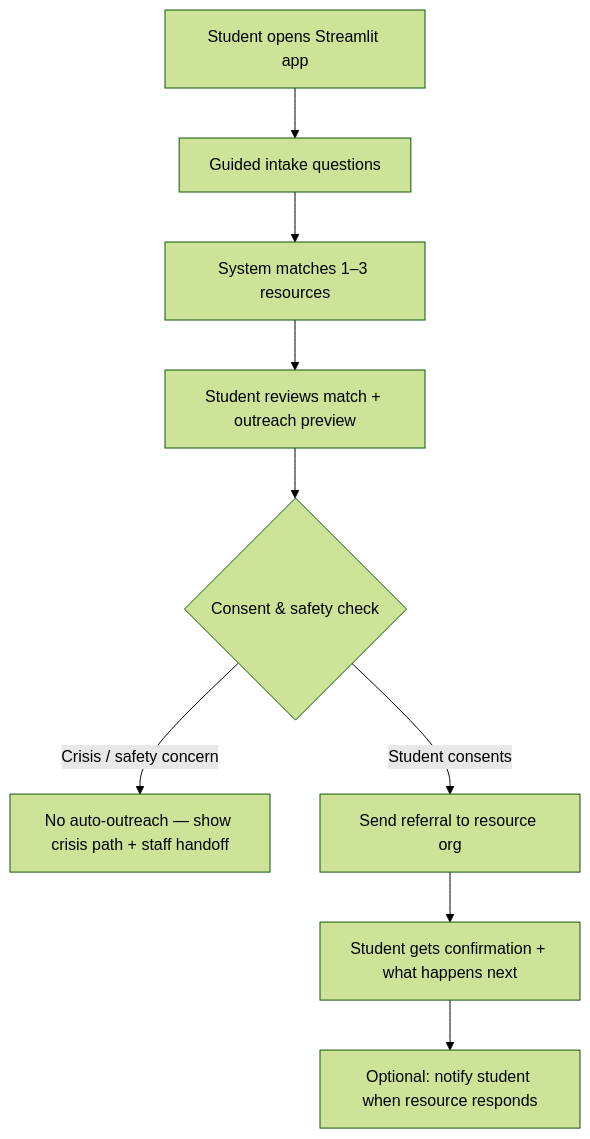
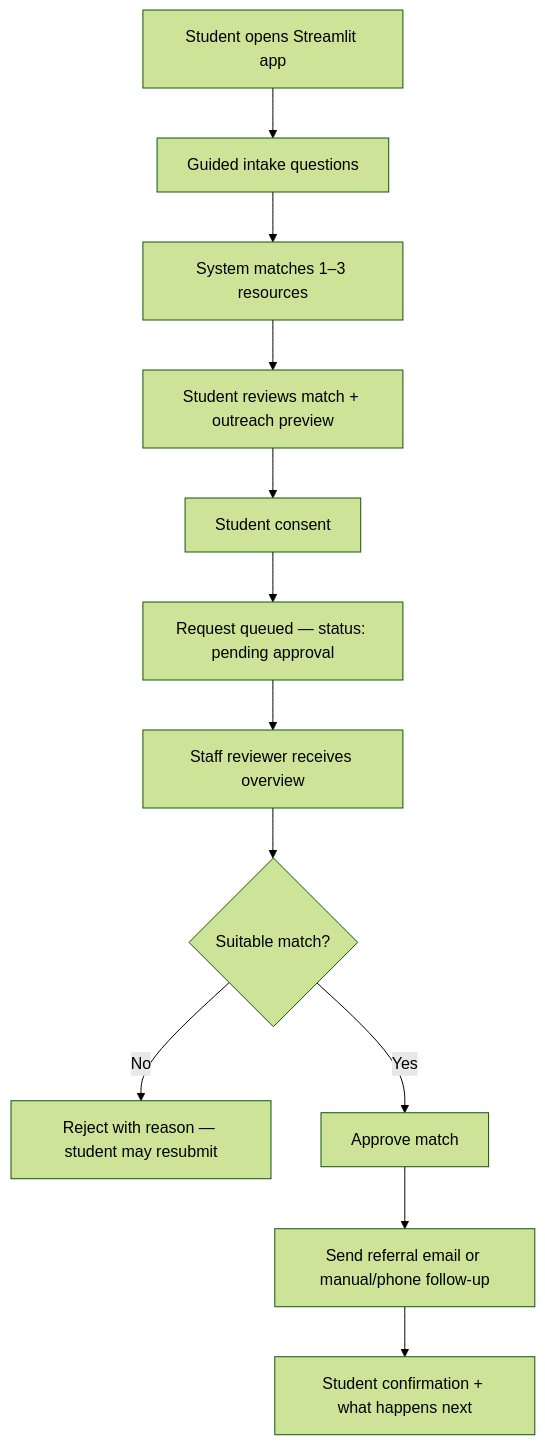
One commit to madiraa/wrc-resource-search changed the first of 2 diagrams in PROJECT_PLAN.md. Above: the diagram before and after it, drawn with Mermaid (forest theme). The commit also changed other lines of this file and 12 other files, not shown here.

First line of the commit message:
Add mandatory staff approval gate before referral send

````diff
--- a/PROJECT_PLAN.md
+++ b/PROJECT_PLAN.md
@@ -44,11 +46,14 @@
 ```mermaid
 flowchart TD
     A[Student opens Streamlit app] --> B[Guided intake questions]
     B --> C[System matches 1–3 resources]
     C --> D[Student reviews match + outreach preview]
-    D --> E{Consent & safety check}
-    E -->|Crisis / safety concern| F[No auto-outreach — show crisis path + staff handoff]
-    E -->|Student consents| G[Send referral to resource org]
-    G --> H[Student gets confirmation + what happens next]
-    H --> I[Optional: notify student when resource responds]
+    D --> E[Student consent]
+    E --> F[Request queued — status: pending approval]
+    F --> G[Staff reviewer receives overview]
+    G --> H{Suitable match?}
+    H -->|No| I[Reject with reason — student may resubmit]
+    H -->|Yes| J[Approve match]
+    J --> K[Send referral email or manual/phone follow-up]
+    K --> L[Student confirmation + what happens next]
 ```
````
